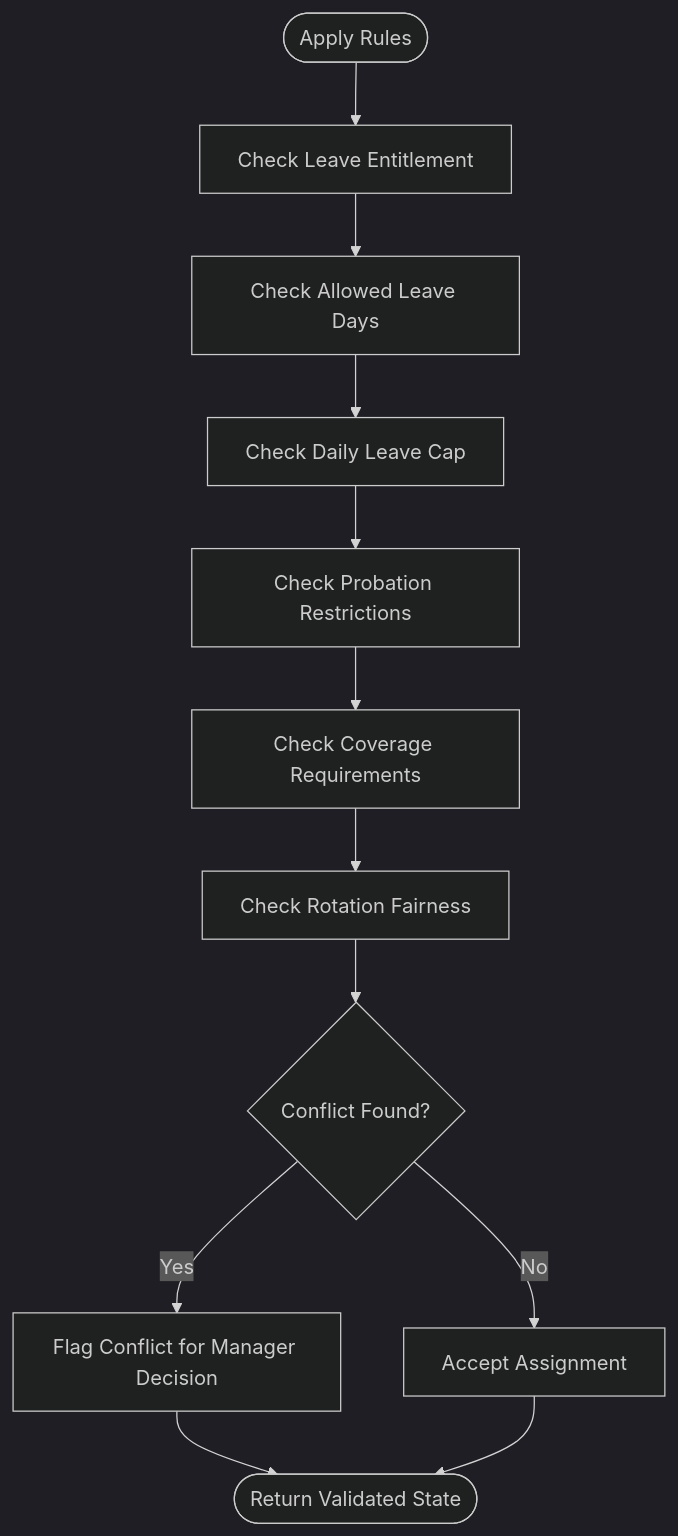
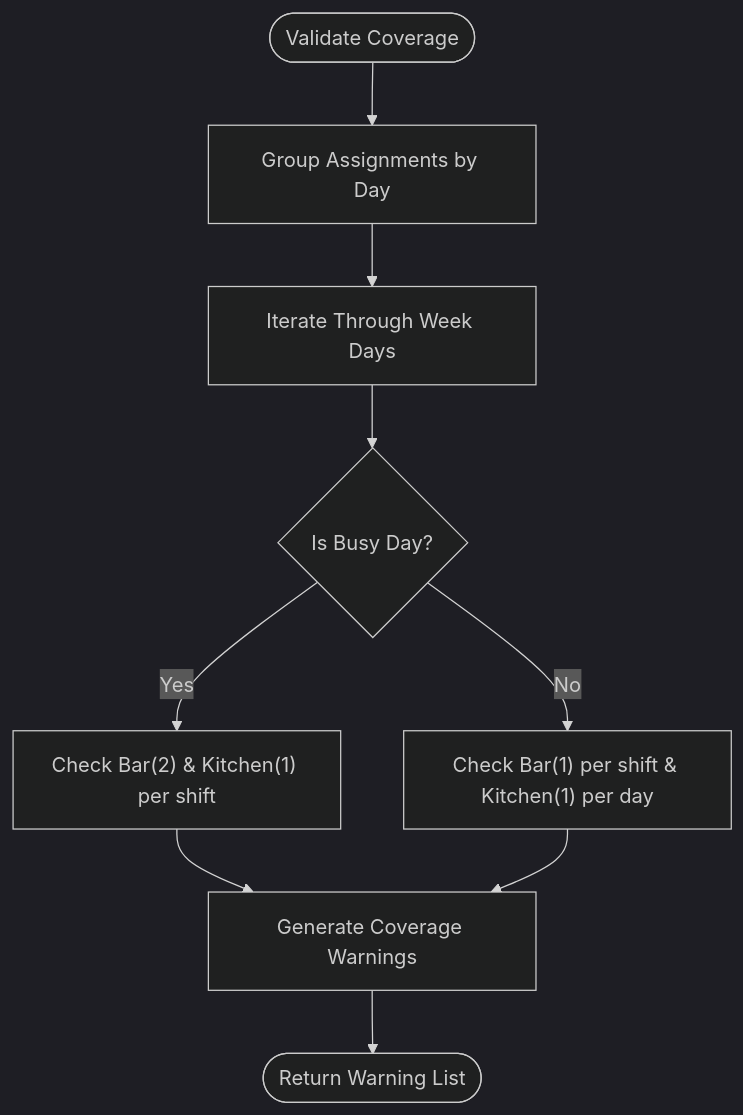
Before and after one commit to epo33m/scheduling: the third of 8 diagrams in .qoder/repowiki/en/content/Product Requirements Document/Functional Specifications/Schedule Creation Engine (F5).md, drawn with Mermaid (dark theme). The commit also changed other lines of this file and 77 other files, not shown here.

````diff
--- a/.qoder/repowiki/en/content/Product Requirements Document/Functional Specifications/Schedule Creation Engine (F5).md
+++ b/.qoder/repowiki/en/content/Product Requirements Document/Functional Specifications/Schedule Creation Engine (F5).md
@@ -177,14 +121,11 @@
 ```mermaid
 flowchart TD
-Start(["Apply Rules"]) --> CheckLeaveEntitlement["Check Leave Entitlement"]
-CheckLeaveEntitlement --> CheckDayRestriction["Check Allowed Leave Days"]
-CheckDayRestriction --> CheckDailyCap["Check Daily Leave Cap"]
-CheckDailyCap --> CheckProbation["Check Probation Restrictions"]
-CheckProbation --> CheckCoverage["Check Coverage Requirements"]
-CheckCoverage --> CheckRotationFairness["Check Rotation Fairness"]
-CheckRotationFairness --> Conflict{"Conflict Found?"}
-Conflict --> |Yes| FlagForManager["Flag Conflict for Manager Decision"]
-Conflict --> |No| Accept["Accept Assignment"]
-FlagForManager --> End(["Return Validated State"])
-Accept --> End
+Start(["Validate Coverage"]) --> GroupByDay["Group Assignments by Day"]
+GroupByDay --> CheckDays["Iterate Through Week Days"]
+CheckDays --> DetermineType{"Is Busy Day?"}
+DetermineType --> |Yes| CheckBusy["Check Bar(2) & Kitchen(1) per shift"]
+DetermineType --> |No| CheckQuiet["Check Bar(1) per shift & Kitchen(1) per day"]
+CheckBusy --> GenerateWarnings["Generate Coverage Warnings"]
+CheckQuiet --> GenerateWarnings
+GenerateWarnings --> End(["Return Warning List"])
 ```
````
